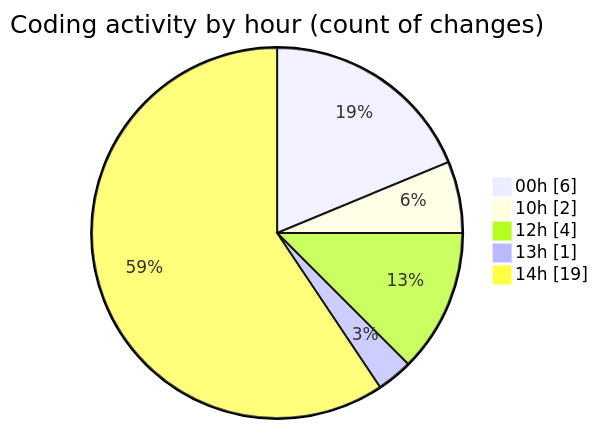
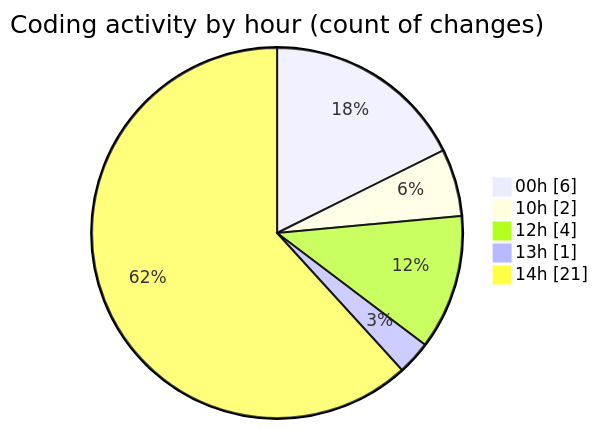
One commit to nxtqubesakshisongat/code-tracking changed the second of 2 diagrams in 2025-06-04/nxtqube_webapp/README.md. Above: the diagram before and after it, drawn with Mermaid. The commit also changed other lines of this file and 1 other file, not shown here.

````diff
--- a/2025-06-04/nxtqube_webapp/README.md
+++ b/2025-06-04/nxtqube_webapp/README.md
@@ -31,9 +31,9 @@
 ```mermaid
 pie showData
 title Coding activity by hour (count of changes)
 "00h" : 6
 "10h" : 2
 "12h" : 4
 "13h" : 1
-"14h" : 19
+"14h" : 21
 ```
````
